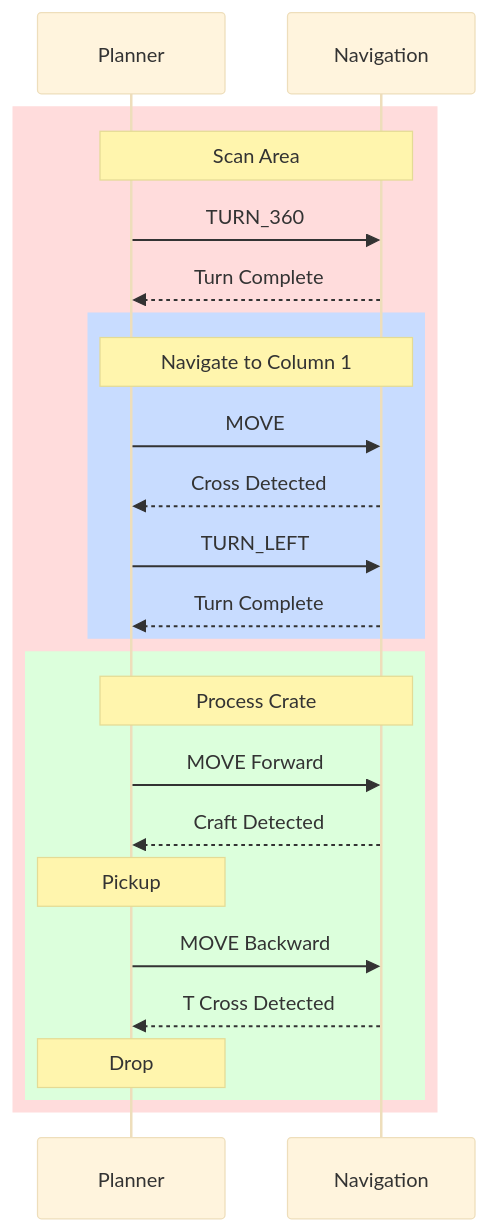
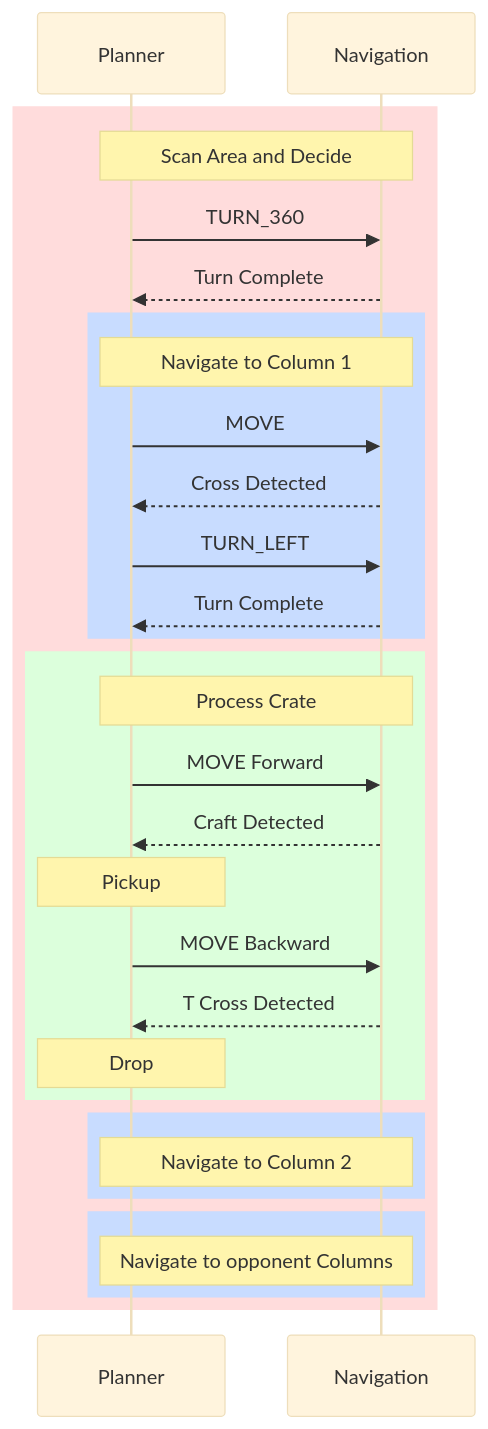
One commit to yuanzhedong/ME218-final changed the diagram in FSM/sequence_diagram.md. Above: the diagram before and after it, drawn with Mermaid (base theme). The commit also changed 2 other files, not shown here.

Commit message:
add error handler

````diff
--- a/FSM/sequence_diagram.md
+++ b/FSM/sequence_diagram.md
@@ -1,30 +1,38 @@
 ```mermaid
 sequenceDiagram
     participant Planner
     participant Navigation
 
     rect rgb(255, 220, 220)
-    Note over Planner,Navigation: Scan Area
+    Note over Planner,Navigation: Scan Area and Decide
     Planner->>Navigation: TURN_360
     Navigation-->>Planner: Turn Complete
 
     rect rgb(200, 220, 255)
     Note over Planner,Navigation: Navigate to Column 1
     Planner->>Navigation: MOVE
     Navigation-->>Planner: Cross Detected
     Planner->>Navigation: TURN_LEFT
     Navigation-->>Planner: Turn Complete
     end
 
     rect rgb(220, 255, 220)
     Note over Planner,Navigation: Process Crate
     Planner->>Navigation: MOVE Forward
     Navigation-->>Planner: Craft Detected
     Note over Planner: Pickup
     Planner->>Navigation: MOVE Backward
     Navigation-->>Planner: T Cross Detected
     Note over Planner: Drop
     end
 
+    rect rgb(200, 220, 255)
+    Note over Planner,Navigation: Navigate to Column 2
+    end
+
+    rect rgb(200, 220, 255)
+    Note over Planner,Navigation: Navigate to opponent Columns
+    end
+
     end
 ```
````
